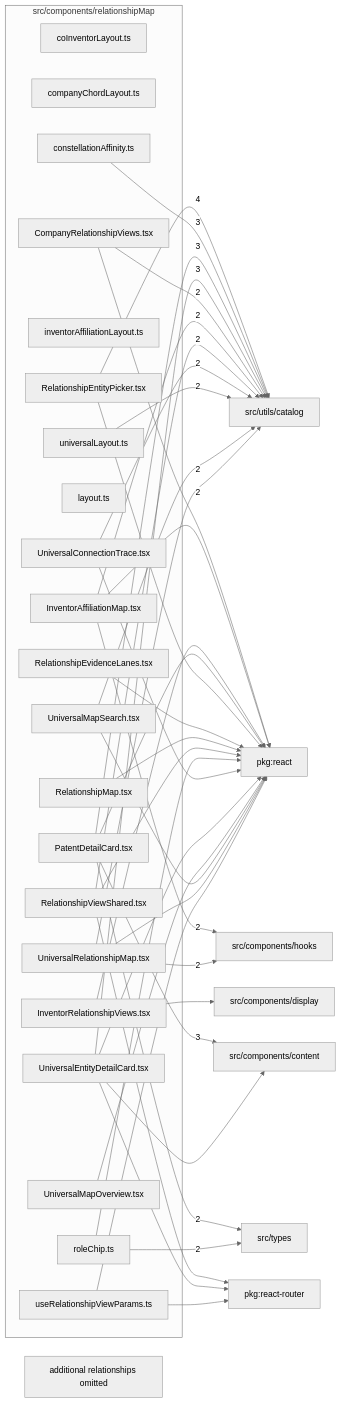
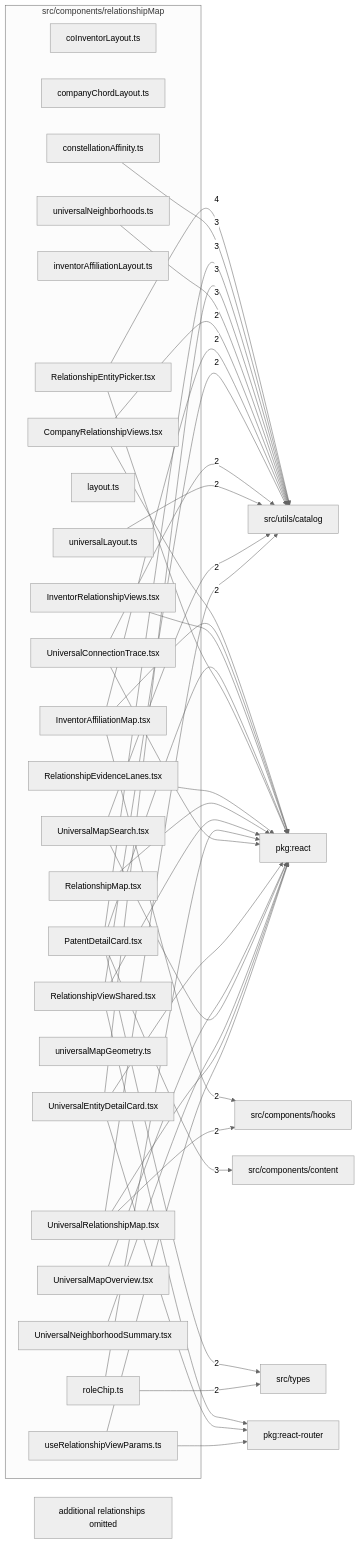
One commit to ronbuening/LensVisualizer changed the diagram in src/components/relationshipMap/readme.md. Above: the diagram before and after it, drawn with Mermaid (neutral theme). The commit also changed other lines of this file and 20 other files, not shown here.

First line of the commit message:
Make the universal map readable at catalog scale and add a Neighborhoods summary

````diff
--- a/src/components/relationshipMap/readme.md
+++ b/src/components/relationshipMap/readme.md
@@ -9,70 +9,72 @@
 ```mermaid
 flowchart LR
   subgraph n_src_components_relationshipMap["src/components/relationshipMap"]
     n_src_components_relationshipMap_src_components_relationshipMap_coInventorLayout_ts["coInventorLayout.ts"]
     n_src_components_relationshipMap_src_components_relationshipMap_companyChordLayout_ts["companyChordLayout.ts"]
     n_src_components_relationshipMap_src_components_relationshipMap_CompanyRelationshipViews_tsx["CompanyRelationshipViews.tsx"]
     n_src_components_relationshipMap_src_components_relationshipMap_constellationAffinity_ts["constellationAffinity.ts"]
     n_src_components_relationshipMap_src_components_relationshipMap_inventorAffiliationLayout_ts["inventorAffiliationLayout.ts"]
     n_src_components_relationshipMap_src_components_relationshipMap_InventorAffiliationMap_tsx["InventorAffiliationMap.tsx"]
     n_src_components_relationshipMap_src_components_relationshipMap_InventorRelationshipViews_tsx["InventorRelationshipViews.tsx"]
     n_src_components_relationshipMap_src_components_relationshipMap_layout_ts["layout.ts"]
     n_src_components_relationshipMap_src_components_relationshipMap_PatentDetailCard_tsx["PatentDetailCard.tsx"]
     n_src_components_relationshipMap_src_components_relationshipMap_RelationshipEntityPicker_tsx["RelationshipEntityPicker.tsx"]
     n_src_components_relationshipMap_src_components_relationshipMap_RelationshipEvidenceLanes_tsx["RelationshipEvidenceLanes.tsx"]
     n_src_components_relationshipMap_src_components_relationshipMap_RelationshipMap_tsx["RelationshipMap.tsx"]
     n_src_components_relationshipMap_src_components_relationshipMap_RelationshipViewShared_tsx["RelationshipViewShared.tsx"]
     n_src_components_relationshipMap_src_components_relationshipMap_roleChip_ts["roleChip.ts"]
     n_src_components_relationshipMap_src_components_relationshipMap_UniversalConnectionTrace_tsx["UniversalConnectionTrace.tsx"]
     n_src_components_relationshipMap_src_components_relationshipMap_UniversalEntityDetailCard_tsx["UniversalEntityDetailCard.tsx"]
     n_src_components_relationshipMap_src_components_relationshipMap_universalLayout_ts["universalLayout.ts"]
+    n_src_components_relationshipMap_src_components_relationshipMap_universalMapGeometry_ts["universalMapGeometry.ts"]
     n_src_components_relationshipMap_src_components_relationshipMap_UniversalMapOverview_tsx["UniversalMapOverview.tsx"]
     n_src_components_relationshipMap_src_components_relationshipMap_UniversalMapSearch_tsx["UniversalMapSearch.tsx"]
+    n_src_components_relationshipMap_src_components_relationshipMap_universalNeighborhoods_ts["universalNeighborhoods.ts"]
+    n_src_components_relationshipMap_src_components_relationshipMap_UniversalNeighborhoodSummary_tsx["UniversalNeighborhoodSummary.tsx"]
     n_src_components_relationshipMap_src_components_relationshipMap_UniversalRelationshipMap_tsx["UniversalRelationshipMap.tsx"]
     n_src_components_relationshipMap_src_components_relationshipMap_useRelationshipViewParams_ts["useRelationshipViewParams.ts"]
   end
   n_external_src_utils_catalog["src/utils/catalog"]
   n_external_src_components_content["src/components/content"]
   n_external_src_components_hooks["src/components/hooks"]
   n_external_src_types["src/types"]
   n_external_pkg_react["pkg:react"]
   n_external_pkg_react_router["pkg:react-router"]
-  n_external_src_components_display["src/components/display"]
   n_src_components_relationshipMap_src_components_relationshipMap_RelationshipEntityPicker_tsx --> |4| n_external_src_utils_catalog
   n_src_components_relationshipMap_src_components_relationshipMap_PatentDetailCard_tsx --> |3| n_external_src_components_content
   n_src_components_relationshipMap_src_components_relationshipMap_constellationAffinity_ts --> |3| n_external_src_utils_catalog
   n_src_components_relationshipMap_src_components_relationshipMap_PatentDetailCard_tsx --> |3| n_external_src_utils_catalog
   n_src_components_relationshipMap_src_components_relationshipMap_UniversalEntityDetailCard_tsx --> |3| n_external_src_utils_catalog
+  n_src_components_relationshipMap_src_components_relationshipMap_universalNeighborhoods_ts --> |3| n_external_src_utils_catalog
   n_src_components_relationshipMap_src_components_relationshipMap_InventorAffiliationMap_tsx --> |2| n_external_src_components_hooks
   n_src_components_relationshipMap_src_components_relationshipMap_UniversalRelationshipMap_tsx --> |2| n_external_src_components_hooks
   n_src_components_relationshipMap_src_components_relationshipMap_PatentDetailCard_tsx --> |2| n_external_src_types
   n_src_components_relationshipMap_src_components_relationshipMap_roleChip_ts --> |2| n_external_src_types
   n_src_components_relationshipMap_src_components_relationshipMap_CompanyRelationshipViews_tsx --> |2| n_external_src_utils_catalog
   n_src_components_relationshipMap_src_components_relationshipMap_InventorAffiliationMap_tsx --> |2| n_external_src_utils_catalog
   n_src_components_relationshipMap_src_components_relationshipMap_RelationshipViewShared_tsx --> |2| n_external_src_utils_catalog
   n_src_components_relationshipMap_src_components_relationshipMap_UniversalConnectionTrace_tsx --> |2| n_external_src_utils_catalog
   n_src_components_relationshipMap_src_components_relationshipMap_universalLayout_ts --> |2| n_external_src_utils_catalog
   n_src_components_relationshipMap_src_components_relationshipMap_UniversalMapSearch_tsx --> |2| n_external_src_utils_catalog
   n_src_components_relationshipMap_src_components_relationshipMap_UniversalRelationshipMap_tsx --> |2| n_external_src_utils_catalog
   n_src_components_relationshipMap_src_components_relationshipMap_CompanyRelationshipViews_tsx --> n_external_pkg_react
   n_src_components_relationshipMap_src_components_relationshipMap_InventorAffiliationMap_tsx --> n_external_pkg_react
   n_src_components_relationshipMap_src_components_relationshipMap_InventorRelationshipViews_tsx --> n_external_pkg_react
   n_src_components_relationshipMap_src_components_relationshipMap_PatentDetailCard_tsx --> n_external_pkg_react
   n_src_components_relationshipMap_src_components_relationshipMap_RelationshipEntityPicker_tsx --> n_external_pkg_react
   n_src_components_relationshipMap_src_components_relationshipMap_RelationshipEvidenceLanes_tsx --> n_external_pkg_react
   n_src_components_relationshipMap_src_components_relationshipMap_RelationshipMap_tsx --> n_external_pkg_react
   n_src_components_relationshipMap_src_components_relationshipMap_RelationshipViewShared_tsx --> n_external_pkg_react
   n_src_components_relationshipMap_src_components_relationshipMap_roleChip_ts --> n_external_pkg_react
   n_src_components_relationshipMap_src_components_relationshipMap_UniversalConnectionTrace_tsx --> n_external_pkg_react
   n_src_components_relationshipMap_src_components_relationshipMap_UniversalEntityDetailCard_tsx --> n_external_pkg_react
   n_src_components_relationshipMap_src_components_relationshipMap_UniversalMapOverview_tsx --> n_external_pkg_react
   n_src_components_relationshipMap_src_components_relationshipMap_UniversalMapSearch_tsx --> n_external_pkg_react
+  n_src_components_relationshipMap_src_components_relationshipMap_UniversalNeighborhoodSummary_tsx --> n_external_pkg_react
   n_src_components_relationshipMap_src_components_relationshipMap_UniversalRelationshipMap_tsx --> n_external_pkg_react
   n_src_components_relationshipMap_src_components_relationshipMap_useRelationshipViewParams_ts --> n_external_pkg_react
   n_src_components_relationshipMap_src_components_relationshipMap_RelationshipViewShared_tsx --> n_external_pkg_react_router
   n_src_components_relationshipMap_src_components_relationshipMap_UniversalEntityDetailCard_tsx --> n_external_pkg_react_router
   n_src_components_relationshipMap_src_components_relationshipMap_useRelationshipViewParams_ts --> n_external_pkg_react_router
-  n_src_components_relationshipMap_src_components_relationshipMap_UniversalEntityDetailCard_tsx --> n_external_src_components_content
-  n_src_components_relationshipMap_src_components_relationshipMap_InventorRelationshipViews_tsx --> n_external_src_components_display
   n_src_components_relationshipMap_truncated["additional relationships omitted"]
 ```
````
